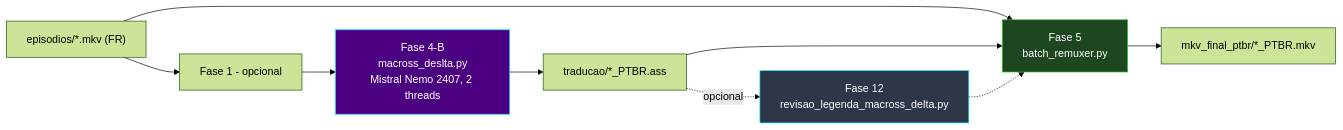
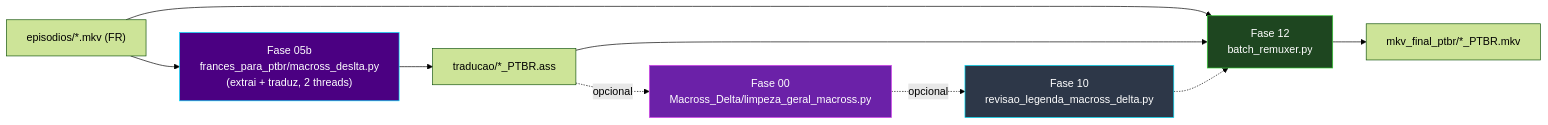
Before and after one commit to carmipa/projeto-tracker-animes-traducao: the fifth of 15 diagrams in docs/arquitetura.md, drawn with Mermaid (forest theme). The commit also changed other lines of this file and 42 other files, not shown here.

````diff
--- a/docs/arquitetura.md
+++ b/docs/arquitetura.md
@@ -190,15 +209,16 @@
 ```mermaid
 flowchart LR
-    MKV["episodios/*.mkv (FR)"] --> F1["Fase 1 - opcional"]
-    F1 --> F4B["Fase 4-B\nmacross_deslta.py\nMistral Nemo 2407, 2 threads"]
-    F4B --> ASS["traducao/*_PTBR.ass"]
-    ASS -.->|opcional| F12["Fase 12\nrevisao_legenda_macross_delta.py"]
-    MKV --> F5["Fase 5\nbatch_remuxer.py"]
-    ASS --> F5
-    F12 -.-> F5
-    F5 --> OUT["mkv_final_ptbr/*_PTBR.mkv"]
+    D_MKV["episodios/*.mkv (FR)"] --> D_F05B["Fase 05b<br/>frances_para_ptbr/macross_deslta.py<br/>(extrai + traduz, 2 threads)"]
+    D_F05B --> D_ASS["traducao/*_PTBR.ass"]
+    D_ASS -.->|"opcional"| D_HYG["Fase 00<br/>Macross_Delta/limpeza_geral_macross.py"]
+    D_HYG -.->|"opcional"| D_F10["Fase 10<br/>revisao_legenda_macross_delta.py"]
+    D_MKV --> D_F12["Fase 12<br/>batch_remuxer.py"]
+    D_ASS --> D_F12
+    D_F10 -.-> D_F12
+    D_F12 --> D_OUT["mkv_final_ptbr/*_PTBR.mkv"]
 
-    style F4B fill:#4B0082,stroke:#00E5FF,color:#fff
-    style F12 fill:#2d3748,stroke:#00E5FF,color:#fff
-    style F5 fill:#1e4620,stroke:#32CD32,color:#fff
+    style D_F05B fill:#4B0082,stroke:#00E5FF,color:#fff
+    style D_HYG fill:#6b21a8,stroke:#d946ef,color:#fff
+    style D_F10 fill:#2d3748,stroke:#00E5FF,color:#fff
+    style D_F12 fill:#1e4620,stroke:#32CD32,color:#fff
 ```
````
